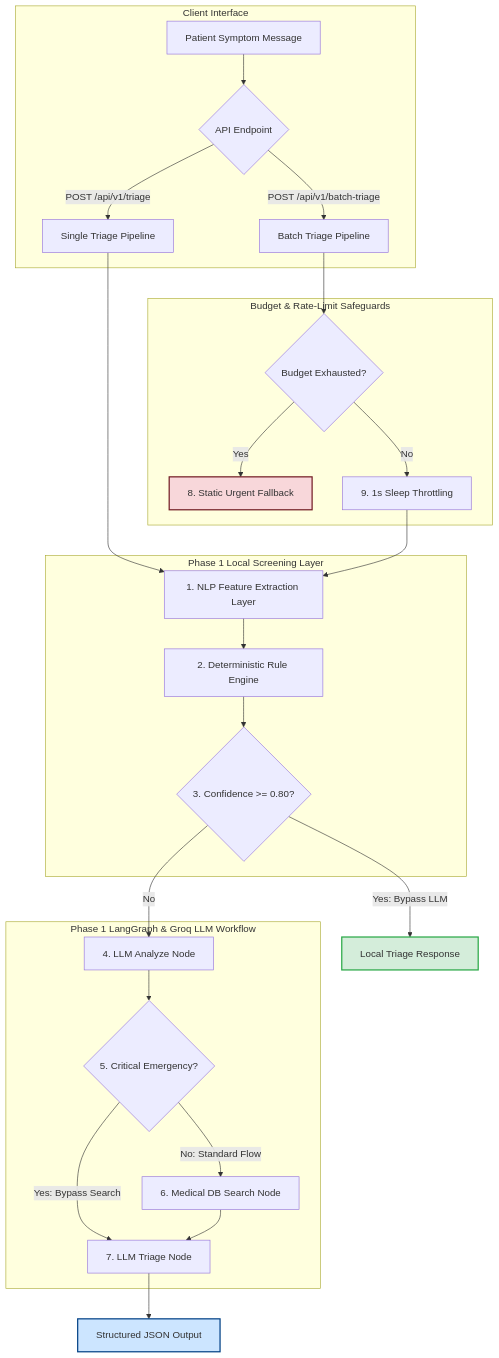
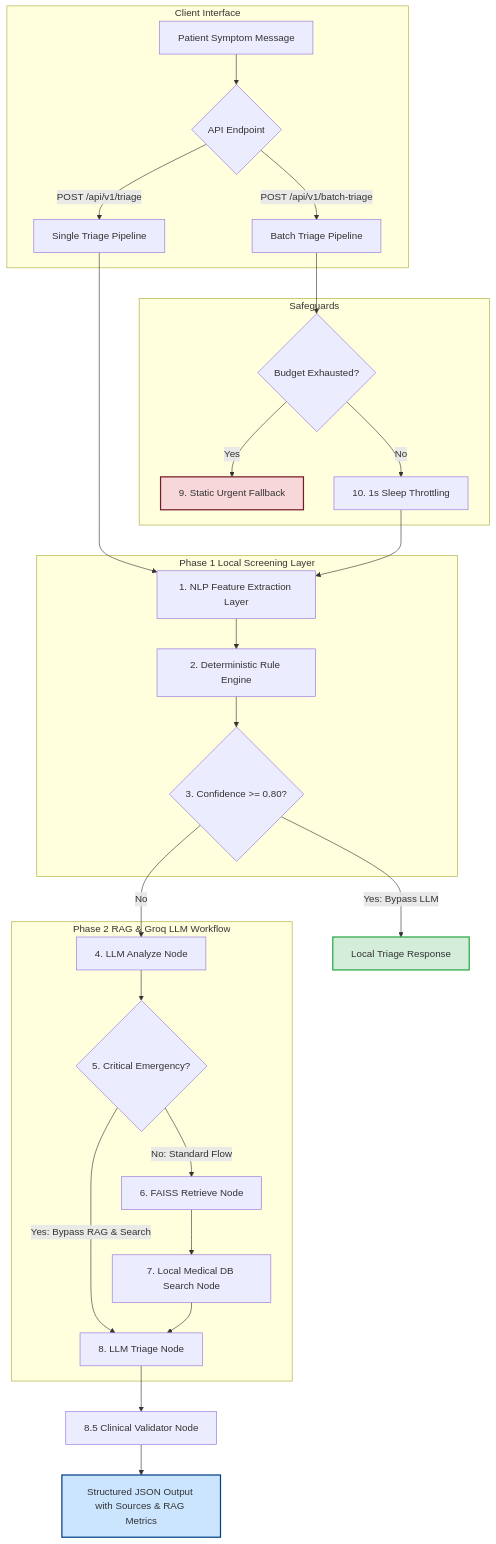
One commit to debanganghosh08/stance-health-assignment changed the first of 2 diagrams in README.md. Above: the diagram before and after it, drawn with Mermaid. The commit also changed other lines of this file and 47 other files, not shown here.

Commit message:
feat: implement production-grade phase 2.5 clinical safety and advanced RAG architecture

````diff
--- a/README.md
+++ b/README.md
@@ -98,38 +207,40 @@
 ```mermaid
 flowchart TD
     subgraph Client Interface
         A[Patient Symptom Message] --> POST_API{API Endpoint}
         POST_API -->|POST /api/v1/triage| SingleFlow[Single Triage Pipeline]
         POST_API -->|POST /api/v1/batch-triage| BatchFlow[Batch Triage Pipeline]
     end
 
     subgraph Phase 1 Local Screening Layer
         SingleFlow --> NLP[1. NLP Feature Extraction Layer]
         NLP --> RuleEngine[2. Deterministic Rule Engine]
         RuleEngine --> RuleConfidenceCheck{3. Confidence >= 0.80?}
     end
 
-    subgraph Phase 1 LangGraph & Groq LLM Workflow
-        RuleConfidenceCheck -->|No| AnalyzeNode[4. LLM Analyze Node]
+    subgraph Phase 2 RAG & Groq LLM Workflow
+        RuleConfidenceCheck -- "No" --> AnalyzeNode[4. LLM Analyze Node]
         AnalyzeNode --> EmergencyCheck{5. Critical Emergency?}
         
-        EmergencyCheck -->|Yes: Bypass Search| TriageNode[7. LLM Triage Node]
-        EmergencyCheck -->|No: Standard Flow| SearchNode[6. Medical DB Search Node]
+        EmergencyCheck -- "Yes: Bypass RAG & Search" --> TriageNode[8. LLM Triage Node]
+        EmergencyCheck -- "No: Standard Flow" --> RetrieveNode[6. FAISS Retrieve Node]
         
+        RetrieveNode --> SearchNode[7. Local Medical DB Search Node]
         SearchNode --> TriageNode
     end
 
-    subgraph Budget & Rate-Limit Safeguards
+    subgraph Safeguards
         BatchFlow --> BudgetCheck{Budget Exhausted?}
-        BudgetCheck -->|Yes| FallbackResponse[8. Static Urgent Fallback]
-        BudgetCheck -->|No| RateLimiter[9. 1s Sleep Throttling]
+        BudgetCheck -->|Yes| FallbackResponse[9. Static Urgent Fallback]
+        BudgetCheck -->|No| RateLimiter[10. 1s Sleep Throttling]
         RateLimiter --> NLP
     end
 
-    RuleConfidenceCheck -->|Yes: Bypass LLM| LocalTriage[Local Triage Response]
-    TriageNode --> StructuredOutput[Structured JSON Output]
+    RuleConfidenceCheck -- "Yes: Bypass LLM" --> LocalTriage[Local Triage Response]
+    TriageNode --> ValidatorNode[8.5 Clinical Validator Node]
+    ValidatorNode --> StructuredOutput[Structured JSON Output with Sources & RAG Metrics]
 
     style LocalTriage fill:#d4edda,stroke:#28a745,stroke-width:2px;
     style StructuredOutput fill:#cce5ff,stroke:#004085,stroke-width:2px;
     style FallbackResponse fill:#f8d7da,stroke:#721c24,stroke-width:2px;
 ```
````
